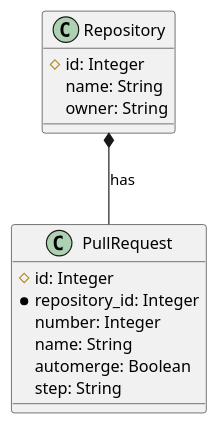
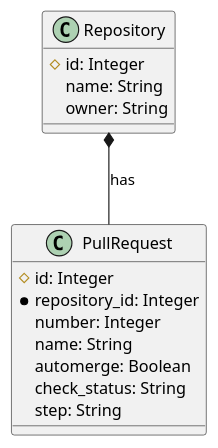
Before and after one commit to sharingcloud/github-scbot: the diagram in docs/schema.plantuml, drawn with PlantUML. The commit also changed 8 other files, not shown here.

Commit message:
feat: check_status support

```diff
--- a/docs/schema.plantuml
+++ b/docs/schema.plantuml
@@ -1,17 +1,18 @@
 @startuml Schema
 class Repository {
     #id: Integer
     name: String
     owner: String
 }
 class PullRequest {
     #id: Integer
     *repository_id: Integer
     number: Integer
     name: String
     automerge: Boolean
+    check_status: String
     step: String
 }
 
 Repository *-- PullRequest : has
 @enduml
```
